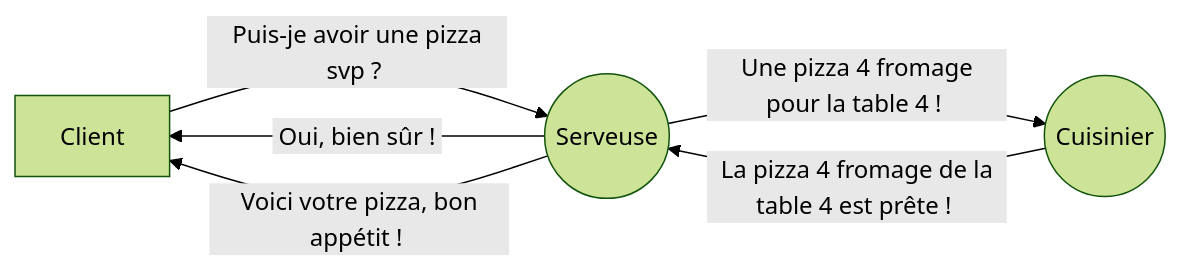
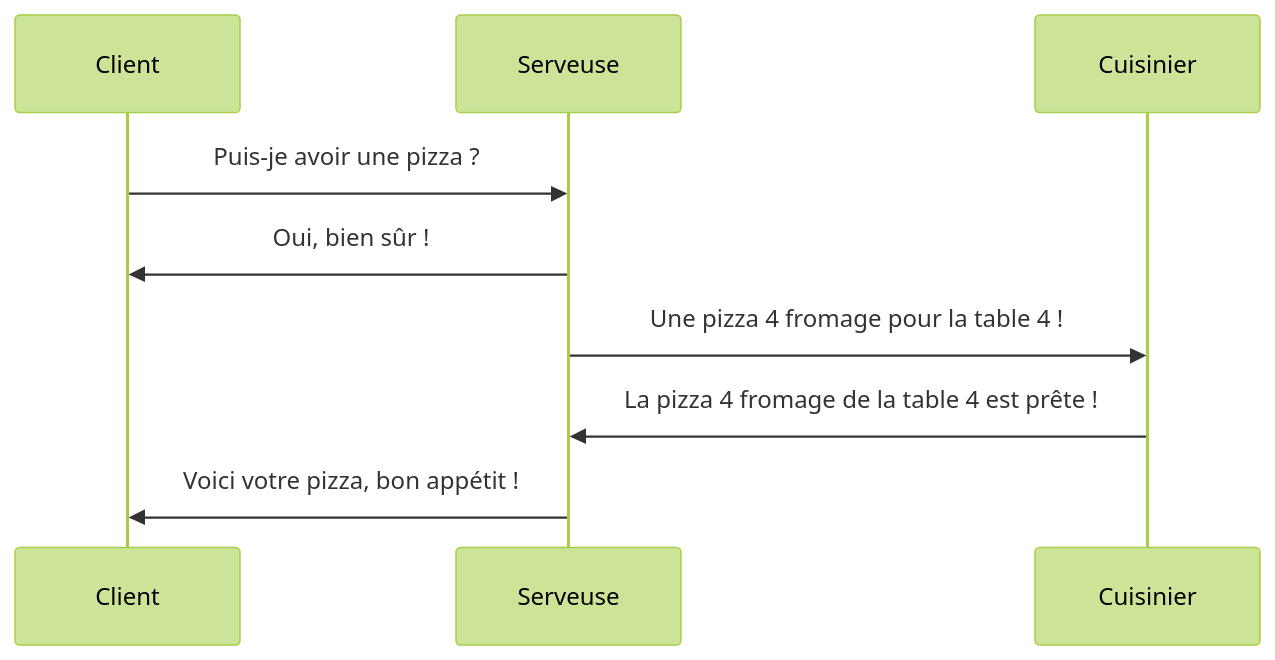
Before and after one commit to ZamBoyle/Eqla_HTML: the third of 5 diagrams in README.md, drawn with Mermaid (forest theme). The commit also changed other lines of this file, not shown here.

````diff
--- a/README.md
+++ b/README.md
@@ -56,8 +57,10 @@
 ```mermaid
-graph LR
-A[Client] -- &nbsp;Puis-je avoir une pizza svp ?&nbsp; --> B((Serveuse))
-B -- &nbsp;Oui, bien sûr !&nbsp;  --> A
-B -- &nbsp;Une pizza 4 fromage pour la table 4 !&nbsp; --> C((Cuisinier))
-C -- &nbsp;La pizza 4 fromage de la table 4 est prête !&nbsp;  --> B
-B -- &nbsp;Voici votre pizza, bon appétit !&nbsp; --> A
+sequenceDiagram
+    participant Client
+    participant Serveuse
+    Client->>Serveuse: Puis-je avoir une pizza ?
+    Serveuse->>Client: Oui, bien sûr !
+    Serveuse->>Cuisinier: Une pizza 4 fromage pour la table 4 !
+    Cuisinier->>Serveuse: La pizza 4 fromage de la table 4 est prête !
+    Serveuse->>Client: Voici votre pizza, bon appétit !
 ```
````
